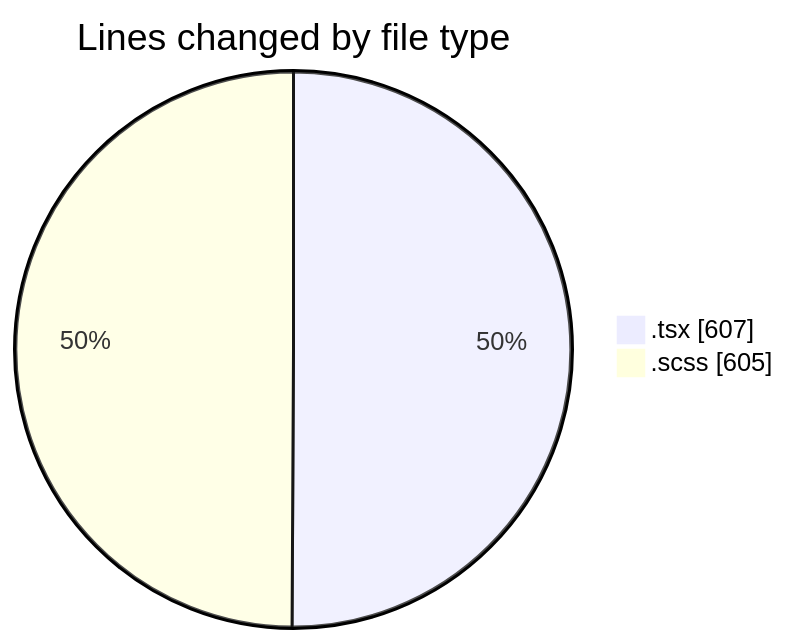
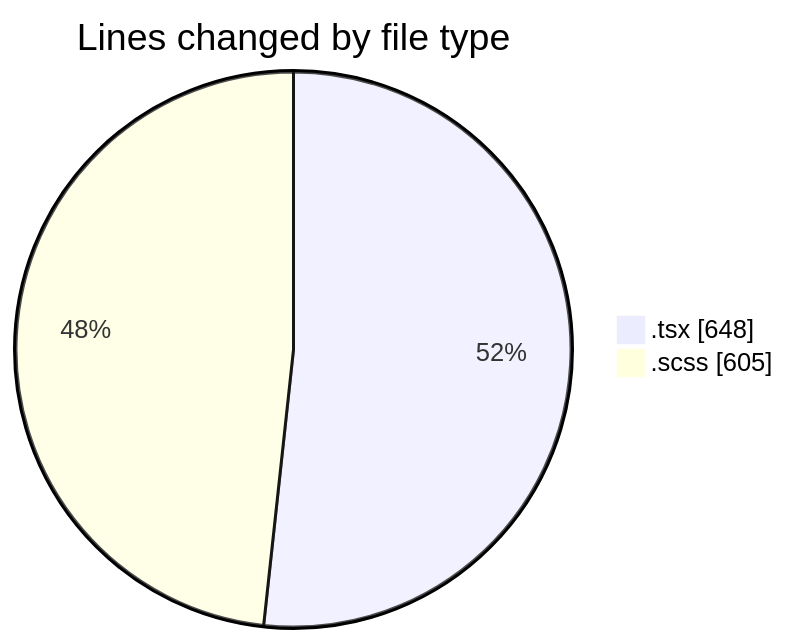
The first of 2 diagrams in 2025-03-27/cda/README.md (momahboobian/code-tracking), drawn with Mermaid before and after one commit. The commit also changed other lines of this file and 1 other file, not shown here.

````diff
--- a/2025-03-27/cda/README.md
+++ b/2025-03-27/cda/README.md
@@ -21,6 +21,6 @@
 ```mermaid
 pie showData
 title Lines changed by file type
-".tsx" : 607
+".tsx" : 648
 ".scss" : 605
 ```
````
